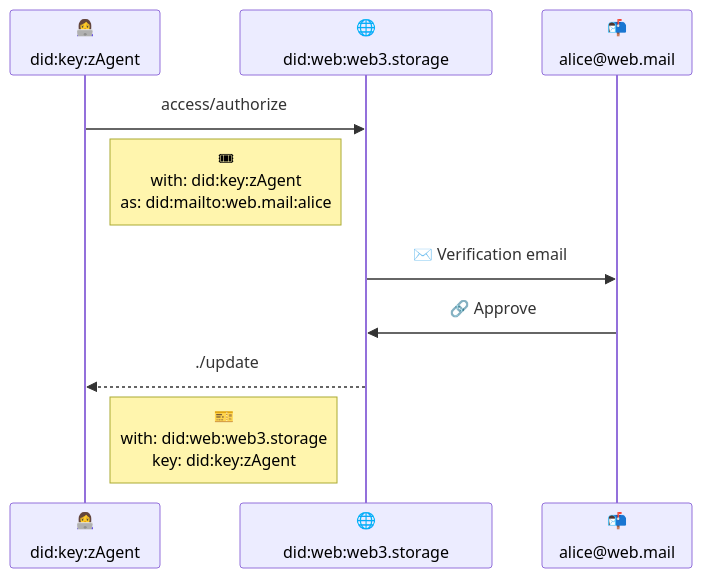
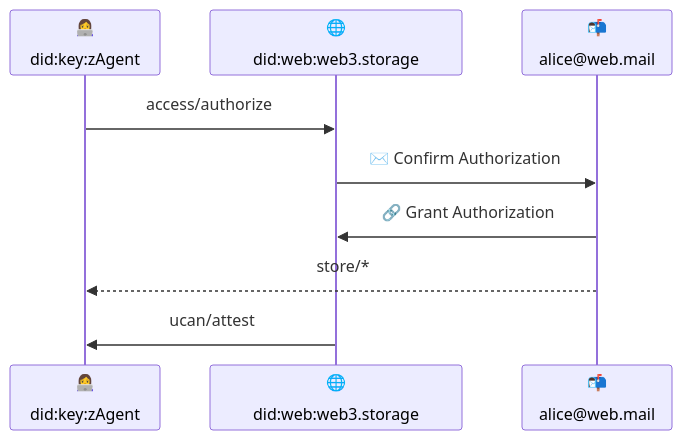
One commit to storacha/specs changed the diagram in w3-session.md. Above: the diagram before and after it, drawn with Mermaid. The commit also changed other lines of this file and 2 other files, not shown here.

````diff
--- a/w3-session.md
+++ b/w3-session.md
@@ -53,13 +81,13 @@
 ```mermaid
 sequenceDiagram
   participant Agent as 👩‍💻<br/><br/>did:key:zAgent
   participant W3 as 🌐<br/><br/>did:web:web3.storage #32;
   participant Email as 📬<br/><br/>alice@web.mail
 
   Agent ->> W3: access/authorize
-  Note right of Agent:🎟<br/>with: did:key:zAgent<br/>as: did:mailto:web.mail:alice
-  W3 ->> Email: ✉️ Verification email
-  Email ->> W3: 🔗 Approve
-  W3 -->> Agent: ./update
-    Note right of Agent:🎫<br/>with: did:web:web3.storage<br/>key: did:key:zAgent
+  
+  W3 ->> Email: ✉️ Confirm Authorization 
+  Email ->> W3: 🔗 Grant Authorization
+  Email -->> Agent: store/*
+  W3 ->> Agent: ucan/attest
 ```
````
